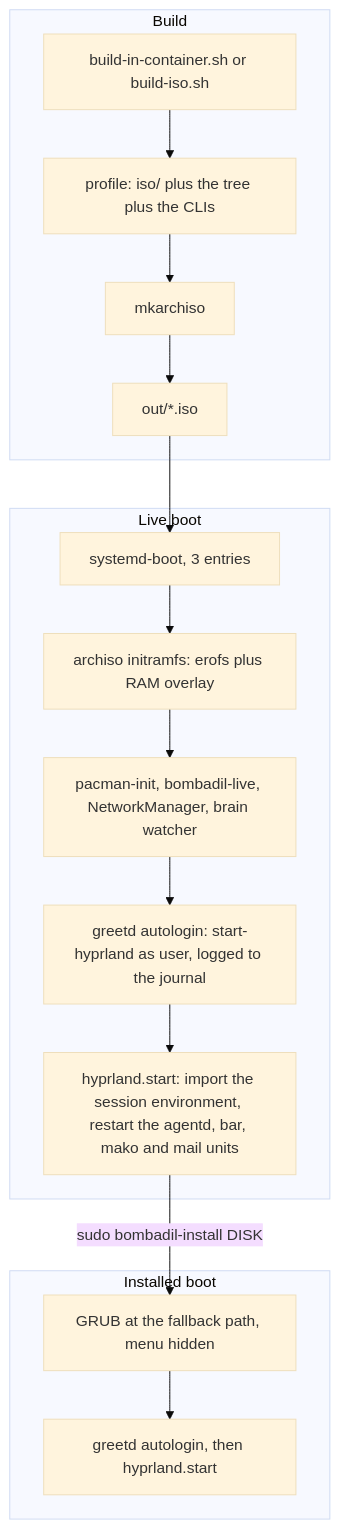
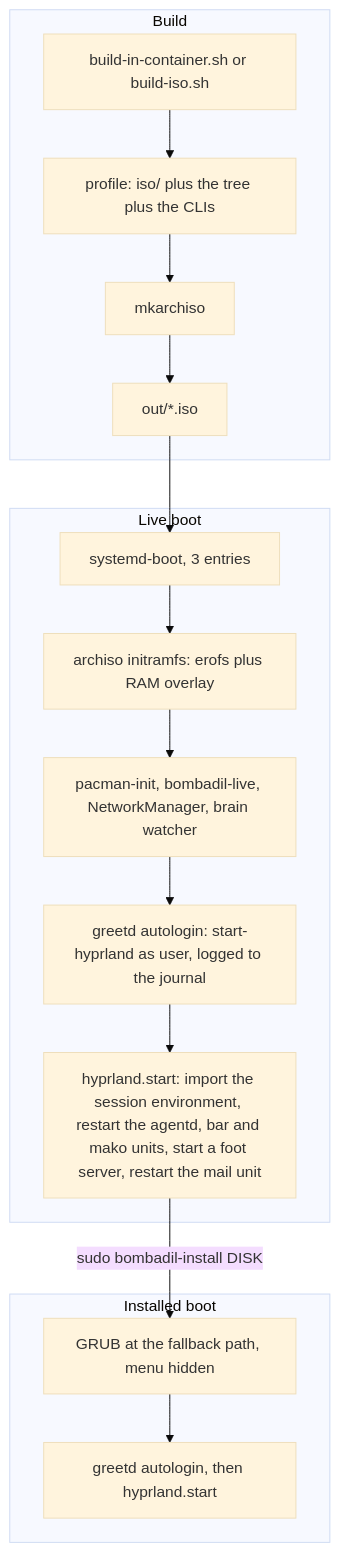
The first of 4 diagrams in docs/architecture/iso-and-install.md (thedefaultman/Bombadil), drawn with Mermaid (base theme) before and after one commit. The commit also changed other lines of this file and 37 other files, not shown here.

````diff
--- a/docs/architecture/iso-and-install.md
+++ b/docs/architecture/iso-and-install.md
@@ -20,19 +20,19 @@
 ```mermaid
 flowchart TB
     subgraph build["Build"]
         A["build-in-container.sh or build-iso.sh"] --> B["profile: iso/ plus the tree plus the CLIs"]
         B --> C["mkarchiso"]
         C --> D["out/*.iso"]
     end
     subgraph live["Live boot"]
         E["systemd-boot, 3 entries"] --> F["archiso initramfs: erofs plus RAM overlay"]
         F --> G["pacman-init, bombadil-live, NetworkManager, brain watcher"]
         G --> H["greetd autologin: start-hyprland as user, logged to the journal"]
-        H --> I["hyprland.start: import the session environment, restart the agentd, bar, mako and mail units"]
+        H --> I["hyprland.start: import the session environment, restart the agentd, bar and mako units, start a foot server, restart the mail unit"]
     end
     subgraph inst["Installed boot"]
         J["GRUB at the fallback path, menu hidden"] --> K["greetd autologin, then hyprland.start"]
     end
     D --> E
     I -->|"sudo bombadil-install DISK"| J
 ```
````
